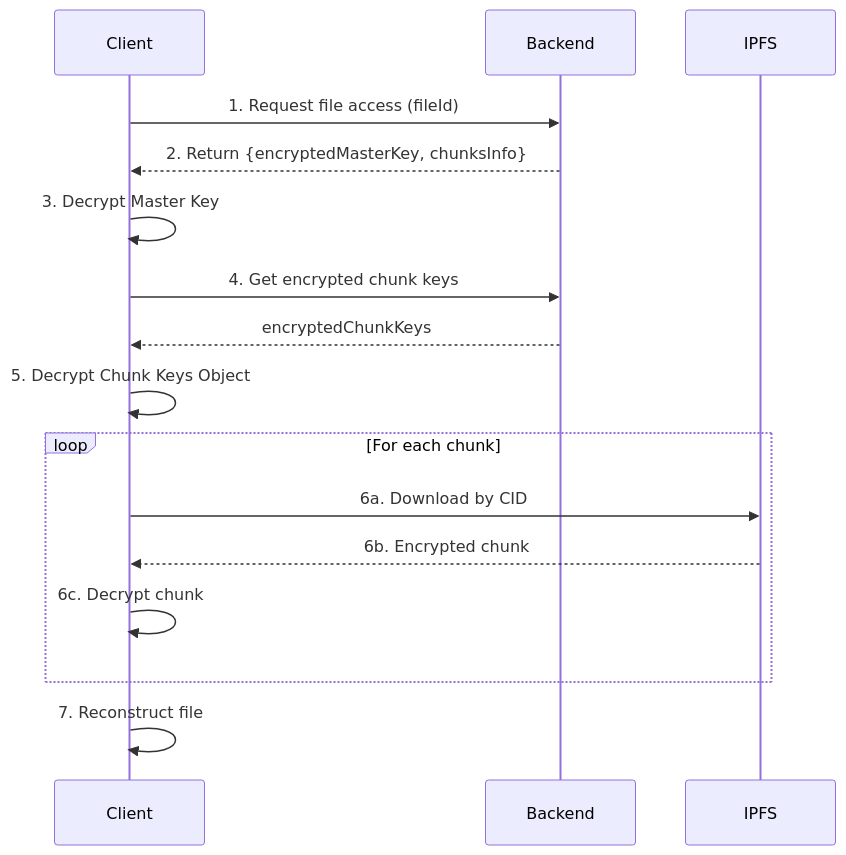
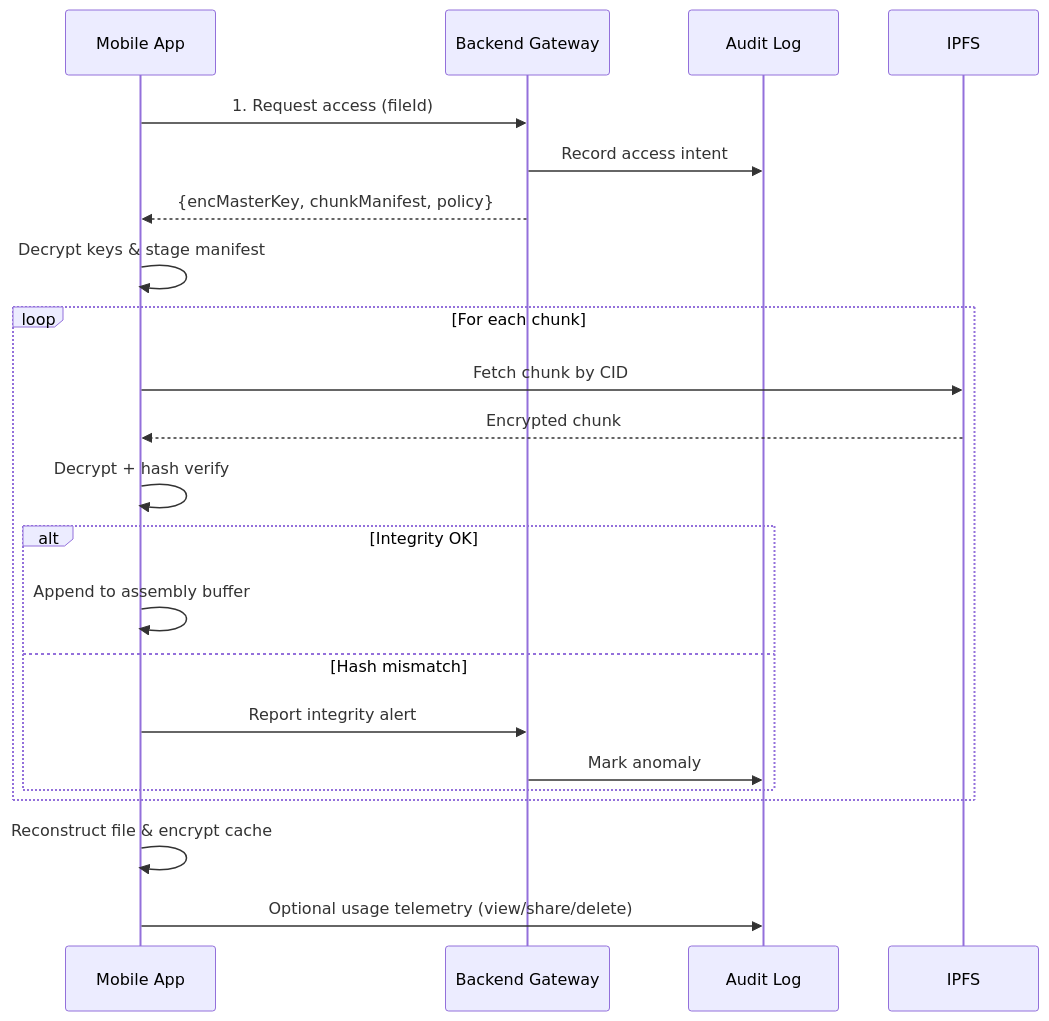
Before and after one commit to nguyenphuc22/ipfs-sandbox: the fourth of 5 diagrams in New_Thesis.md, drawn with Mermaid. The commit also changed other lines of this file and 2 other files, not shown here.

Commit message:
Enhance download flow in New_Thesis.md with demo-ready phases; implement access negotiation, key orchestration, chunk retrieval with integrity checks, and user experience improvements. Update SYSTEM_ARCHITECTURE.md to reflect new download process and UI components.

````diff
--- a/New_Thesis.md
+++ b/New_Thesis.md
@@ -513,21 +533,25 @@
 ```mermaid
 sequenceDiagram
-    participant Client
-    participant Backend  
+    participant User as Mobile App
+    participant API as Backend Gateway
+    participant Audit as Audit Log
     participant IPFS
 
-    Client->>Backend: 1. Request file access (fileId)
-    Backend-->>Client: 2. Return {encryptedMasterKey, chunksInfo}
-    Client->>Client: 3. Decrypt Master Key
-    Client->>Backend: 4. Get encrypted chunk keys
-    Backend-->>Client: encryptedChunkKeys
-    Client->>Client: 5. Decrypt Chunk Keys Object
-
+    User->>API: 1. Request access (fileId)
+    API->>Audit: Record access intent
+    API-->>User: {encMasterKey, chunkManifest, policy}
+    User->>User: Decrypt keys & stage manifest
     loop For each chunk
-        Client->>IPFS: 6a. Download by CID  
-        IPFS-->>Client: 6b. Encrypted chunk
-        Client->>Client: 6c. Decrypt chunk
+        User->>IPFS: Fetch chunk by CID
+        IPFS-->>User: Encrypted chunk
+        User->>User: Decrypt + hash verify
+        alt Integrity OK
+            User->>User: Append to assembly buffer
+        else Hash mismatch
+            User->>API: Report integrity alert
+            API->>Audit: Mark anomaly
+        end
     end
-    
-    Client->>Client: 7. Reconstruct file
+    User->>User: Reconstruct file & encrypt cache
+    User->>Audit: Optional usage telemetry (view/share/delete)
 ```
````
